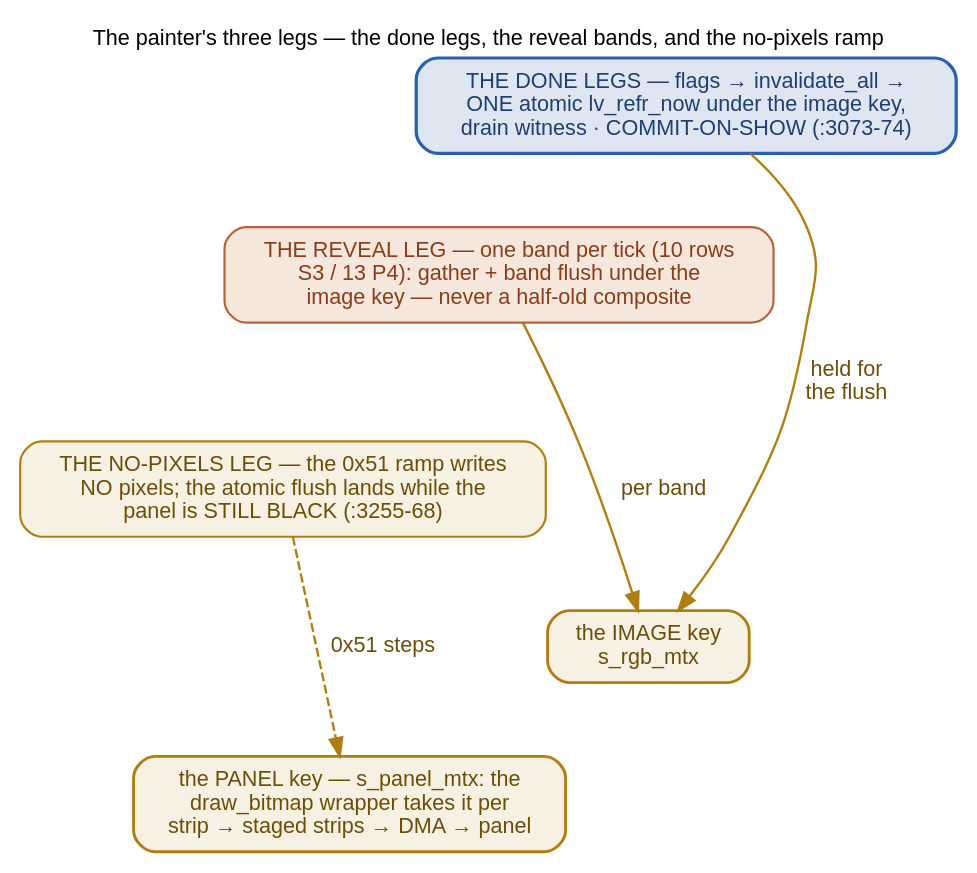
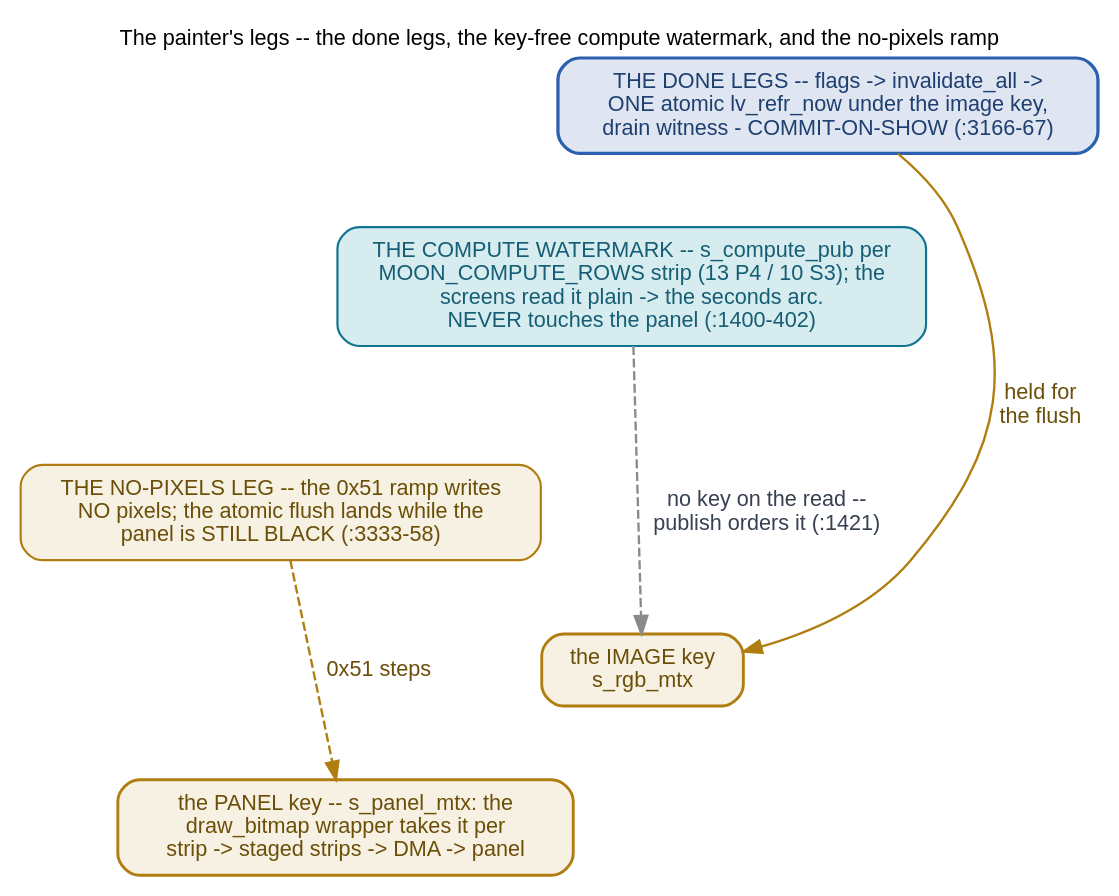
One commit to ukos-git/moon-clock-esp changed the diagram in docs/_graphs/buffers-relay-painter.dot. Above: the diagram before and after it, drawn with Graphviz. The commit also changed 29 other files, not shown here.

```diff
--- a/docs/_graphs/buffers-relay-painter.dot
+++ b/docs/_graphs/buffers-relay-painter.dot
@@ -1,59 +1,68 @@
-// THE PAINTER'S THREE LEGS opened (the 50 ms tick, MOON_TICK_MS :186,
-// armed :2634): every quote verified in components/ui/moon_ui.c before
-// drawing. The done legs read the producer flags (:1794-1801 →
-// moon_hourly_finish :3067-3101; rebake/replay :2474-34), call
-// moon_invalidate_all (:1154) then ONE atomic whole-panel lv_refr_now
-// INSIDE the image key, then the drain witness ("hourly fade-in",
-// "rebake", "boot replay", "orbit batch"); commit-on-show —
-// s_baked_hour/event set only after the flush landed (:3073-74); the
-// owed 0→100 fade_ramp rides the same key rule, the FIRST completed
-// strip usually paid it first (:1437-38). The reveal leg
-// (UI_MOON_BAKE_REVEAL) converts bounce→s_rgb ONE band per tick
-// (10 rows S3 / 13 P4, :1214-16) and shows the band as one atomic band
-// flush under the image key — never a half-old/half-new composite
-// (:1399-1400). The 0x51 hardware ramp writes NO pixels (:3255-68): "the
-// flush strips take the panel mutex in the draw_bitmap wrapper (per
-// strip — taking it here as well would self-deadlock)". The buckets and
-// the keys in black boxes are docs/_graphs/buffers-relay.dot (this
-// page); the asks with their timeouts are docs/_graphs/guards-keys.dot;
-// the staging/witness anatomy is docs/_graphs/flush-path.dot
-// (display.rst). FONTS: 12 pt = the page's 16 px body text at 1:1 —
-// kept inside the content column.
+// THE PAINTER'S LEGS opened (the 50 ms tick, MOON_TICK_MS :184, armed
+// :2668): every quote verified in components/ui/moon_ui.c before
+// drawing. The done legs read the producer flags (hourly :1812/:1816 ->
+// moon_hourly_finish :3158-68; the tick's replay show :2485-2500, the
+// deferred re-bake :2515-19), call moon_invalidate_all (:1279) then ONE
+// atomic whole-panel lv_refr_now INSIDE the image key, then the drain
+// witness -- 8 call sites, 9 names: "re-bake" :1477, "boot replay final"
+// / "boot replay" :2498, "rebake" :2519, "orbit batch" :2551,
+// "tz re-gather" :2803, "hourly" :3165, "switch fade-in" :3347, "screen
+// switch" :3358; commit-on-show -- s_baked_hour/event set only after the
+// flush landed (:3166-67). The compute watermark (moon_bake_progress
+// :1403-41) publishes s_compute_pub under the image key per
+// MOON_COMPUTE_ROWS strip (13 P4 / 10 S3, :1321-23) -- "the mutex orders
+// the watermark against the screens' reads" (:1421) -- and the screens
+// read the moon_ui_compute_active/progress seam (:1443-49) as plain flag
+// reads driving the seconds arc: no key owed on the read, no flush, and
+// the producer "NEVER touches the panel" (:1400-402: the old frame -- or
+// the boot dummy disc -- stays up the whole bake; the finished frame
+// lands as the done leg's one atomic whole-panel flush). The 0x51
+// hardware ramp writes NO pixels (the fade-in leg :3333-58): "the flush
+// strips take the panel mutex in the draw_bitmap wrapper (per strip --
+// taking it here as well would self-deadlock: the mutex is non-reentrant
+// and the wrapper IS the flush's panel path)". The buckets and the keys
+// in black boxes are docs/_graphs/buffers-relay.dot (this page); the
+// asks with their timeouts are docs/_graphs/guards-keys.dot; the
+// staging/witness anatomy is docs/_graphs/flush-path.dot (display.rst).
+// FONTS: 12 pt = the page's 16 px body text at 1:1 -- kept inside the
+// content column.
 // Rendered inline as SVG by sphinx.ext.graphviz (dot on PATH).
 digraph buffers_relay_painter {
     rankdir=TB;
-    label="The painter's three legs — the done legs, the reveal bands, and the no-pixels ramp";
+    label="The painter's legs -- the done legs, the key-free compute watermark, and the no-pixels ramp";
     labelloc="t"; labeljust="c";
     fontname="Helvetica"; fontsize=12;
     graph [nodesep=0.5, ranksep=0.55];
     node [fontname="Helvetica", fontsize=12, shape=box, style="rounded,filled",
           width=0, height=0, margin="0.16,0.10", fillcolor="#f2f2ef",
           color="#525252", penwidth=1.2];
     edge [fontname="Helvetica", fontsize=12, color="#8a8a8a", penwidth=1.3];
 
-    done [label="THE DONE LEGS — flags → invalidate_all →
+    done [label="THE DONE LEGS -- flags -> invalidate_all ->
 ONE atomic lv_refr_now under the image key,
-drain witness · COMMIT-ON-SHOW (:3073-74)",
+drain witness - COMMIT-ON-SHOW (:3166-67)",
           fillcolor="#dfe6f1", color="#2b5fb0", fontcolor="#1e3f70", penwidth=1.8];
-    reveal [label="THE REVEAL LEG — one band per tick (10 rows
-S3 / 13 P4): gather + band flush under the
-image key — never a half-old composite",
-            fillcolor="#f6e7dc", color="#b5643a", fontcolor="#8a3d18"];
-    fade [label="THE NO-PIXELS LEG — the 0x51 ramp writes
+    compute [label="THE COMPUTE WATERMARK -- s_compute_pub per
+MOON_COMPUTE_ROWS strip (13 P4 / 10 S3); the
+screens read it plain -> the seconds arc.
+NEVER touches the panel (:1400-402)",
+             fillcolor="#d7ecef", color="#0e7490", fontcolor="#155e75"];
+    fade [label="THE NO-PIXELS LEG -- the 0x51 ramp writes
 NO pixels; the atomic flush lands while the
-panel is STILL BLACK (:3255-68)",
+panel is STILL BLACK (:3333-58)",
           fillcolor="#f6f1e2", color="#b07d10", fontcolor="#6b4e08"];
     keyrgb [label="the IMAGE key\ns_rgb_mtx",
             fillcolor="#f6f1e2", color="#b07d10", fontcolor="#6b4e08", penwidth=1.6];
-    keypanel [label="the PANEL key — s_panel_mtx: the\ndraw_bitmap wrapper takes it per\nstrip → staged strips → DMA → panel",
+    keypanel [label="the PANEL key -- s_panel_mtx: the\ndraw_bitmap wrapper takes it per\nstrip -> staged strips -> DMA -> panel",
               fillcolor="#f6f1e2", color="#b07d10", fontcolor="#6b4e08", penwidth=1.6];
 
-    done -> reveal [style=invis];
-    reveal -> fade [style=invis];
+    done -> compute [style=invis];
+    compute -> fade [style=invis];
     fade -> keyrgb [style=invis];
     done -> keyrgb [color="#b07d10", fontcolor="#6b4e08", label="held for\nthe flush"];
-    reveal -> keyrgb [color="#b07d10", fontcolor="#6b4e08", label="per band"];
+    compute -> keyrgb [style=dashed, color="#8a8a8a", fontcolor="#374151",
+                       label="no key on the read --\npublish orders it (:1421)"];
     fade -> keypanel [style=dashed, color="#b07d10", fontcolor="#6b4e08",
                       label="0x51 steps"];
     keyrgb -> keypanel [style=invis];
 }
```
